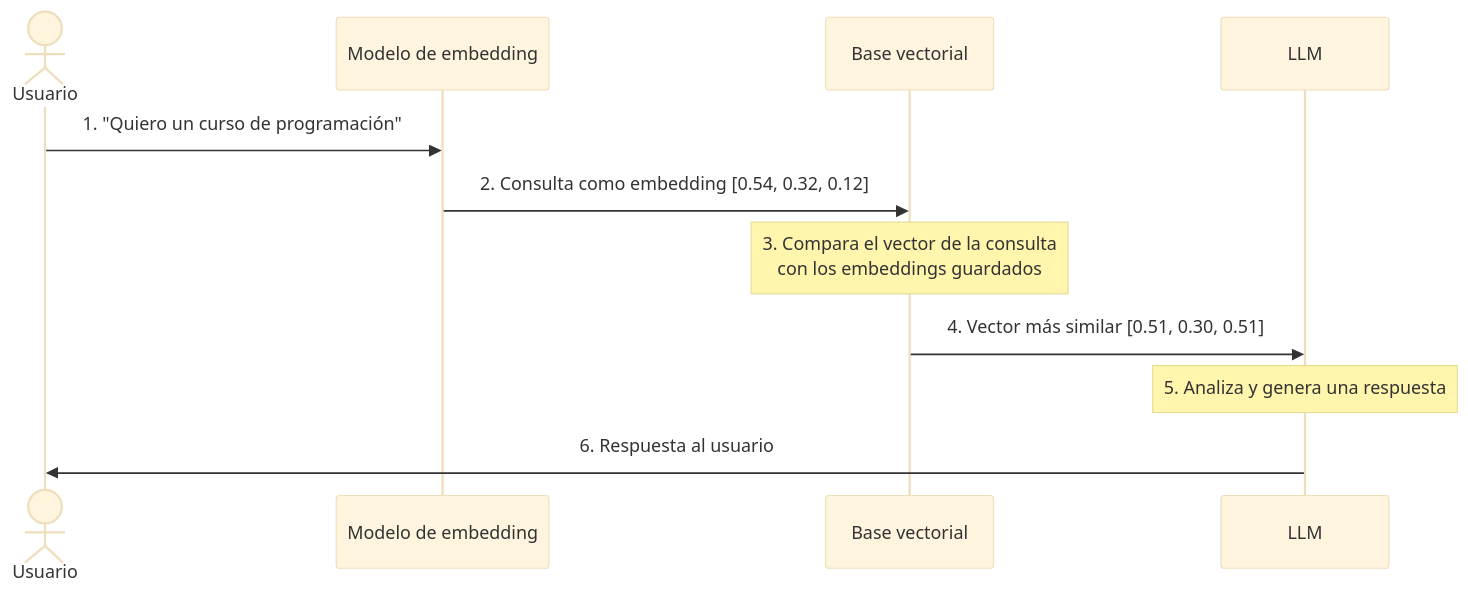
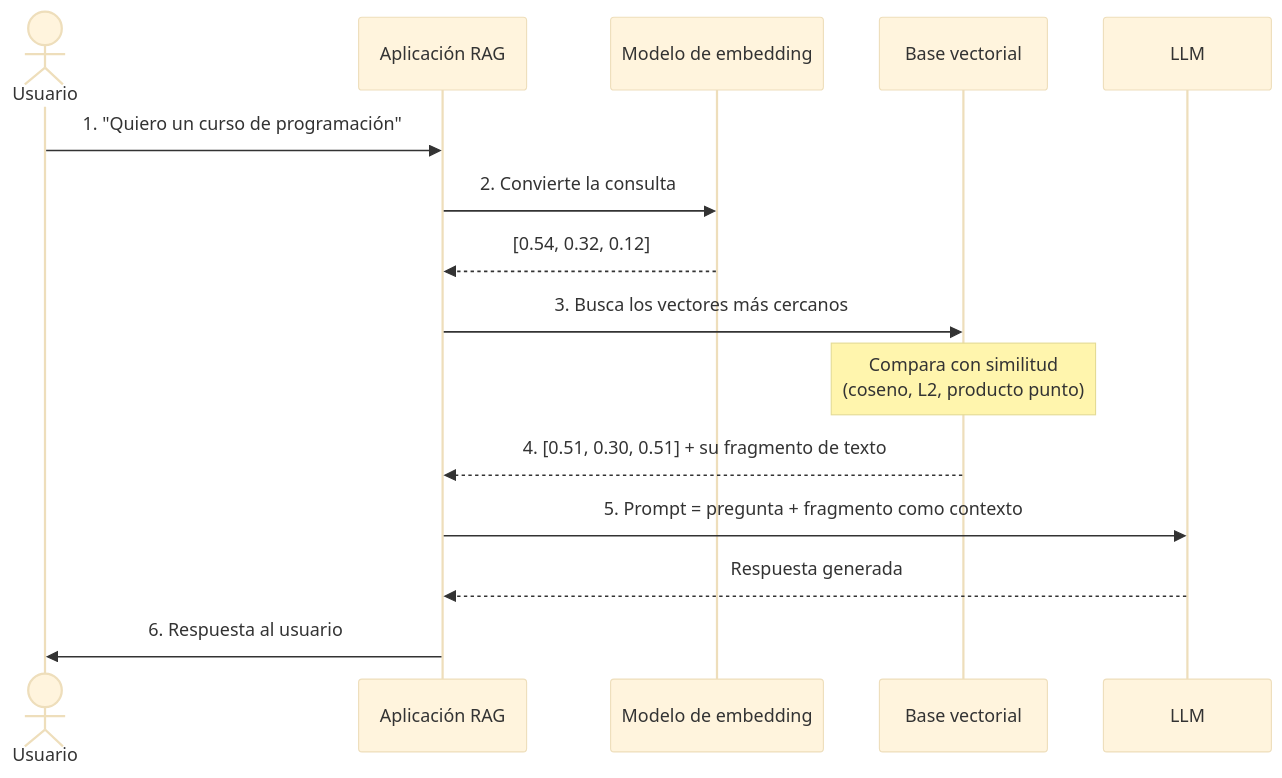
Before and after one commit to jcontrerasm/jcontrerasm.github.io: the fifth of 7 diagrams in src/content/blog/es/que-es-rag.md, drawn with Mermaid (base theme). The commit also changed other lines of this file and 3 other files, not shown here.

````diff
--- a/src/content/blog/es/que-es-rag.md
+++ b/src/content/blog/es/que-es-rag.md
@@ -104,13 +125,17 @@
 ```mermaid
 sequenceDiagram
     actor U as Usuario
+    participant App as Aplicación RAG
     participant E as Modelo de embedding
     participant DB as Base vectorial
     participant L as LLM
-    U->>E: 1. "Quiero un curso de programación"
-    E->>DB: 2. Consulta como embedding [0.54, 0.32, 0.12]
-    Note over DB: 3. Compara el vector de la consulta<br/>con los embeddings guardados
-    DB->>L: 4. Vector más similar [0.51, 0.30, 0.51]
-    Note over L: 5. Analiza y genera una respuesta
-    L->>U: 6. Respuesta al usuario
+    U->>App: 1. "Quiero un curso de programación"
+    App->>E: 2. Convierte la consulta
+    E-->>App: [0.54, 0.32, 0.12]
+    App->>DB: 3. Busca los vectores más cercanos
+    Note over DB: Compara con similitud<br/>(coseno, L2, producto punto)
+    DB-->>App: 4. [0.51, 0.30, 0.51] + su fragmento de texto
+    App->>L: 5. Prompt = pregunta + fragmento como contexto
+    L-->>App: Respuesta generada
+    App->>U: 6. Respuesta al usuario
 ```
````
